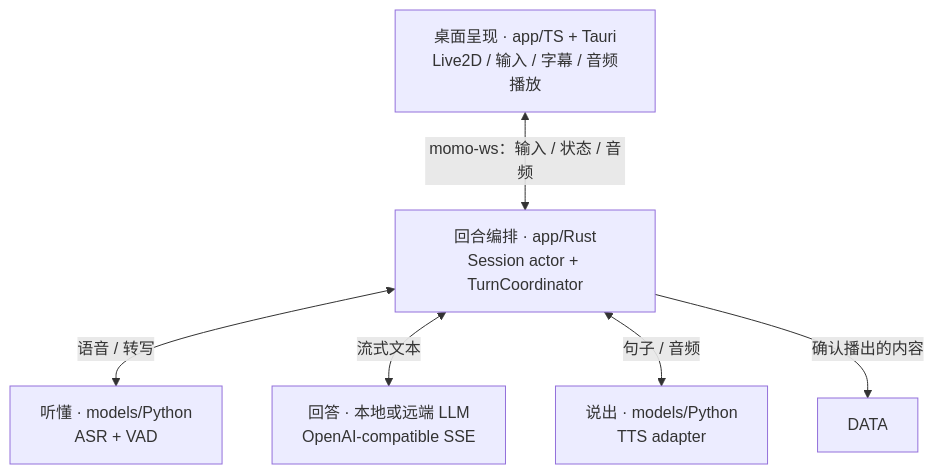
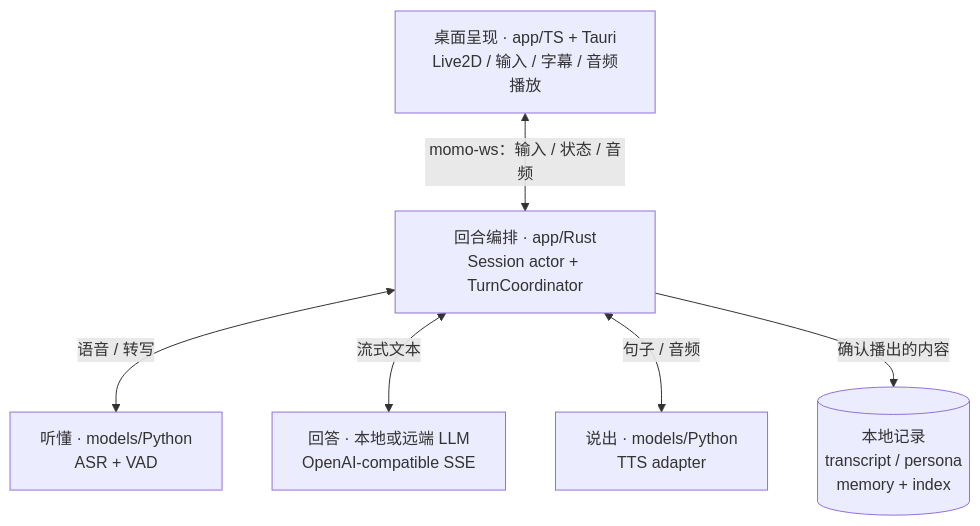
The first of 5 diagrams in docs/01-architecture/system.md (Momoyeyu/momo), drawn with Mermaid before and after one commit. The commit also changed 22 other files, not shown here.

````diff
--- a/docs/01-architecture/system.md
+++ b/docs/01-architecture/system.md
@@ -7,13 +7,14 @@
 ```mermaid
 flowchart TB
     DESK["桌面呈现 · app/TS + Tauri<br/>Live2D / 输入 / 字幕 / 音频播放"]
     TURN["回合编排 · app/Rust<br/>Session actor + TurnCoordinator"]
     ASR["听懂 · models/Python<br/>ASR + VAD"]
     LLM["回答 · 本地或远端 LLM<br/>OpenAI-compatible SSE"]
     TTS["说出 · models/Python<br/>TTS adapter"]
+    DATA[("本地记录<br/>transcript / persona<br/>memory + index")]
     DESK <-->|"momo-ws：输入 / 状态 / 音频"| TURN
     TURN <-->|"语音 / 转写"| ASR
     TURN <-->|"流式文本"| LLM
     TURN <-->|"句子 / 音频"| TTS
     TURN -->|"确认播出的内容"| DATA
 ```
````
